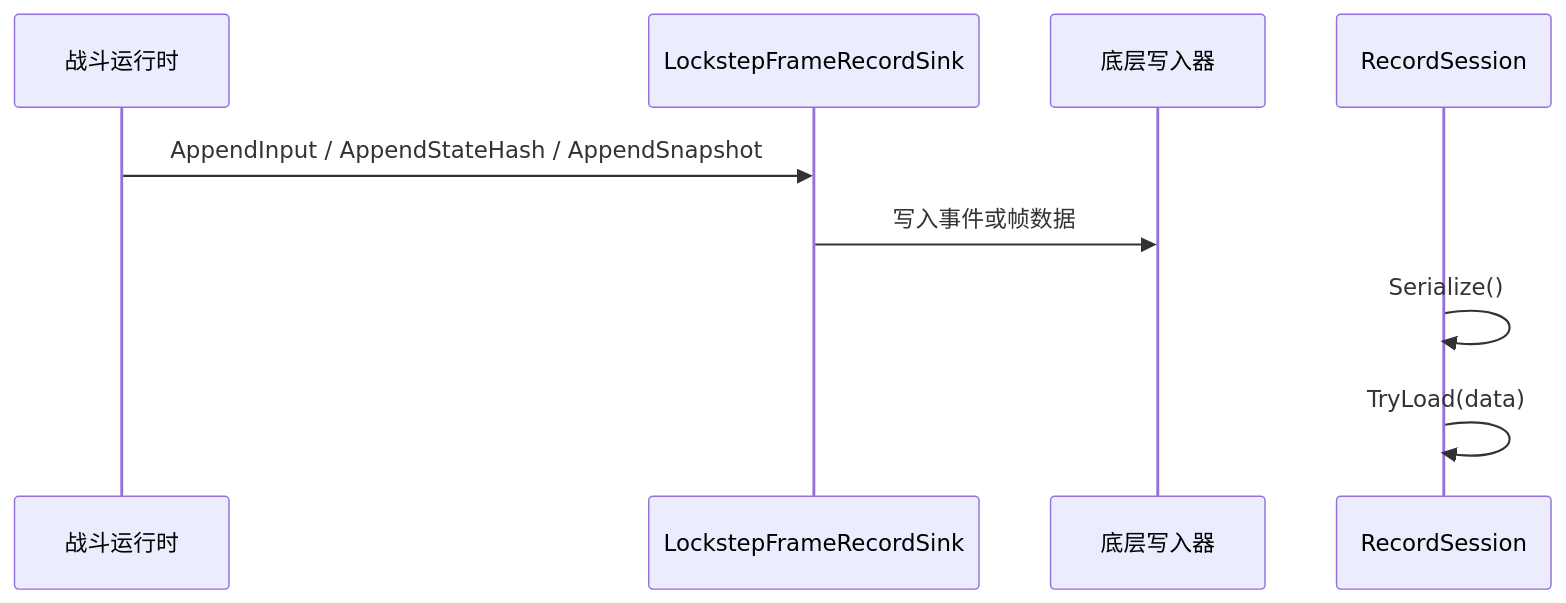
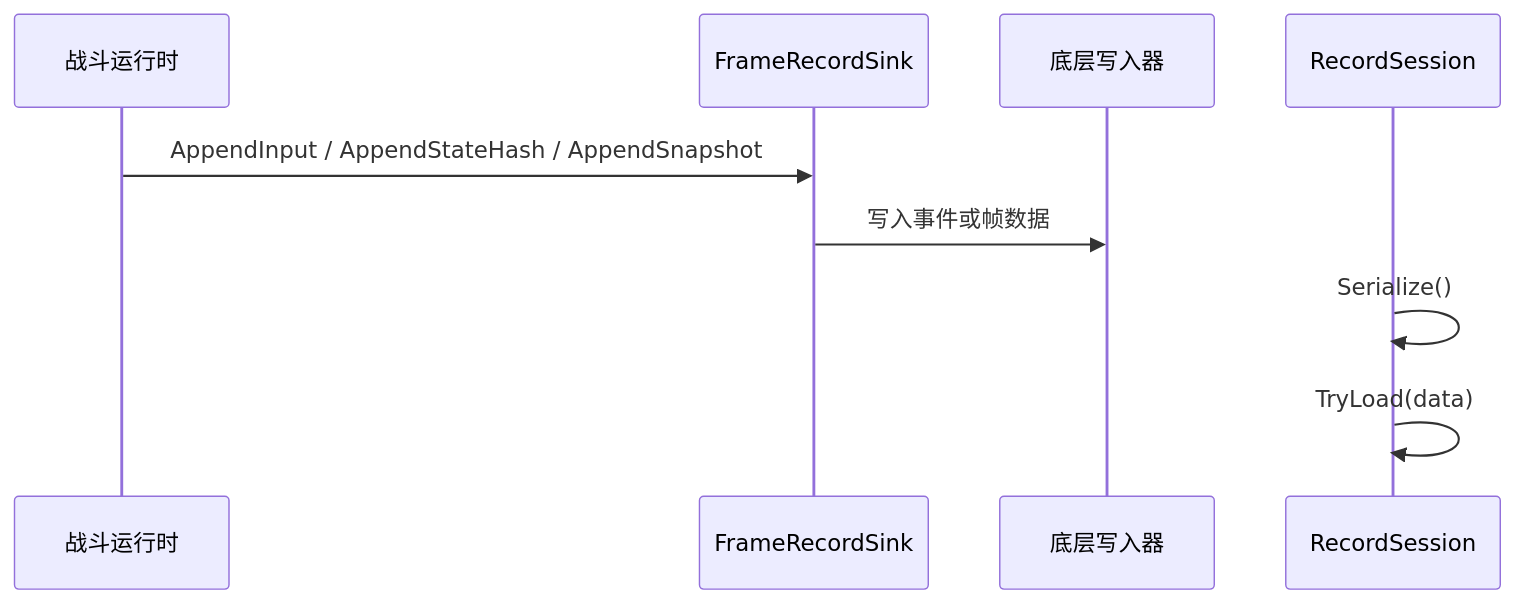
One commit to Kurumioi/AbilityKit changed the fourth of 4 diagrams in Docs/design/07-NetworkSynchronization/04-ReplaySystem.md. Above: the diagram before and after it, drawn with Mermaid. The commit also changed other lines of this file and 323 other files, not shown here.

````diff
--- a/Docs/design/07-NetworkSynchronization/04-ReplaySystem.md
+++ b/Docs/design/07-NetworkSynchronization/04-ReplaySystem.md
@@ -270,12 +270,12 @@
 ```mermaid
 sequenceDiagram
     participant Runtime as 战斗运行时
-    participant Sink as LockstepFrameRecordSink
+    participant Sink as FrameRecordSink
     participant Writer as 底层写入器
     participant Session as RecordSession
 
     Runtime->>Sink: AppendInput / AppendStateHash / AppendSnapshot
     Sink->>Writer: 写入事件或帧数据
     Session->>Session: Serialize()
     Session->>Session: TryLoad(data)
 ```
````
